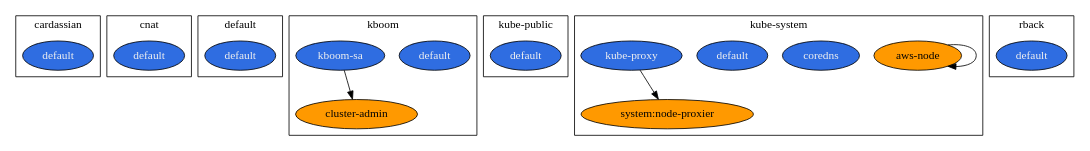
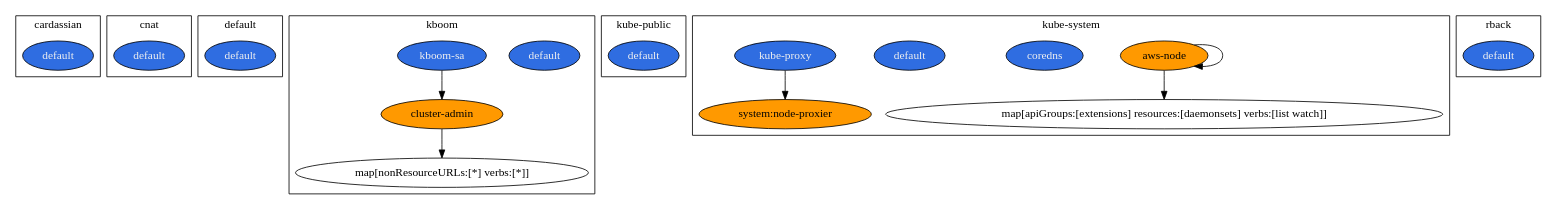
Before and after one commit to team-soteria/rback: the diagram in simple.dot, drawn with Graphviz. The commit also changed 1 other file, not shown here.

Commit message:
improves resource lookups

```diff
--- a/simple.dot
+++ b/simple.dot
@@ -1,48 +1,52 @@
 digraph  {
-	subgraph cluster_s2 {
+	subgraph cluster_s1 {
+		ID = "cluster_s1";
+		label="cardassian";
+		n2[fillcolor="#2f6de1",fontcolor="#f0f0f0",label="default",style="filled"];
+		
+	}subgraph cluster_s2 {
 		ID = "cluster_s2";
-		label="cardassian";
-		n7[fillcolor="#2f6de1",fontcolor="#f0f0f0",label="default",style="filled"];
+		label="cnat";
+		n3[fillcolor="#2f6de1",fontcolor="#f0f0f0",label="default",style="filled"];
 		
 	}subgraph cluster_s3 {
 		ID = "cluster_s3";
-		label="cnat";
-		n8[fillcolor="#2f6de1",fontcolor="#f0f0f0",label="default",style="filled"];
+		label="default";
+		n4[fillcolor="#2f6de1",fontcolor="#f0f0f0",label="default",style="filled"];
 		
 	}subgraph cluster_s4 {
 		ID = "cluster_s4";
-		label="default";
-		n9[fillcolor="#2f6de1",fontcolor="#f0f0f0",label="default",style="filled"];
+		label="kboom";
+		n7[fillcolor="#ff9900",fontcolor="#030303",label="cluster-admin",style="filled"];
+		n5[fillcolor="#2f6de1",fontcolor="#f0f0f0",label="default",style="filled"];
+		n6[fillcolor="#2f6de1",fontcolor="#f0f0f0",label="kboom-sa",style="filled"];
+		n8[label="map[nonResourceURLs:[*] verbs:[*]]"];
+		n7->n8;
+		n6->n7;
 		
 	}subgraph cluster_s5 {
 		ID = "cluster_s5";
-		label="kboom";
-		n12[fillcolor="#ff9900",fontcolor="#030303",label="cluster-admin",style="filled"];
-		n10[fillcolor="#2f6de1",fontcolor="#f0f0f0",label="default",style="filled"];
-		n11[fillcolor="#2f6de1",fontcolor="#f0f0f0",label="kboom-sa",style="filled"];
-		n11->n12;
+		label="kube-public";
+		n9[fillcolor="#2f6de1",fontcolor="#f0f0f0",label="default",style="filled"];
 		
 	}subgraph cluster_s6 {
 		ID = "cluster_s6";
-		label="kube-public";
+		label="kube-system";
+		n10[fillcolor="#ff9900",fontcolor="#030303",label="aws-node",style="filled"];
+		n12[fillcolor="#2f6de1",fontcolor="#f0f0f0",label="coredns",style="filled"];
 		n13[fillcolor="#2f6de1",fontcolor="#f0f0f0",label="default",style="filled"];
+		n14[fillcolor="#2f6de1",fontcolor="#f0f0f0",label="kube-proxy",style="filled"];
+		n11[label="map[apiGroups:[extensions] resources:[daemonsets] verbs:[list watch]]"];
+		n15[fillcolor="#ff9900",fontcolor="#030303",label="system:node-proxier",style="filled"];
+		n10->n10;
+		n10->n11;
+		n14->n15;
 		
 	}subgraph cluster_s0 {
 		ID = "cluster_s0";
-		label="kube-system";
-		n1[fillcolor="#ff9900",fontcolor="#030303",label="aws-node",style="filled"];
-		n2[fillcolor="#2f6de1",fontcolor="#f0f0f0",label="coredns",style="filled"];
-		n3[fillcolor="#2f6de1",fontcolor="#f0f0f0",label="default",style="filled"];
-		n4[fillcolor="#2f6de1",fontcolor="#f0f0f0",label="kube-proxy",style="filled"];
-		n5[fillcolor="#ff9900",fontcolor="#030303",label="system:node-proxier",style="filled"];
-		n1->n1;
-		n4->n5;
-		
-	}subgraph cluster_s1 {
-		ID = "cluster_s1";
 		label="rback";
-		n6[fillcolor="#2f6de1",fontcolor="#f0f0f0",label="default",style="filled"];
+		n1[fillcolor="#2f6de1",fontcolor="#f0f0f0",label="default",style="filled"];
 		
 	}
 	
 }
```
